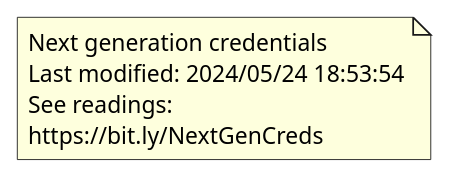
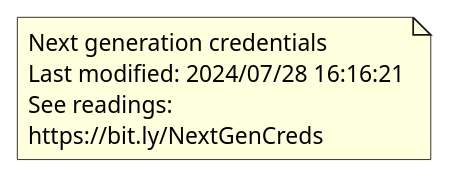
One commit to judielaine/quiver-research changed the diagram in diagrams/terminology/Version.puml. Above: the diagram before and after it, drawn with PlantUML. The commit also changed 3 other files, not shown here.

```diff
--- a/diagrams/terminology/Version.puml
+++ b/diagrams/terminology/Version.puml
@@ -1,8 +1,8 @@
 @startuml version
 note as version
     Next generation credentials
-    Last modified: 2024/05/24 18:53:54
+    Last modified: 2024/07/28 16:16:21
     See readings:
     https://bit.ly/NextGenCreds
 end note
 @enduml
```
